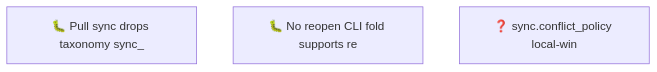
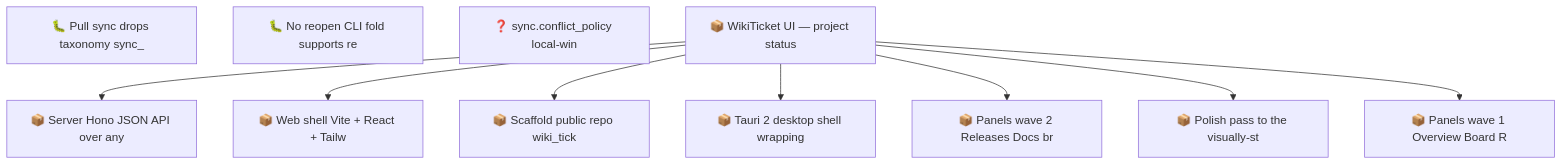
The second of 2 diagrams in docs/roadmap.md (SpillwaveSolutions/wiki_ticket_sdd), drawn with Mermaid before and after one commit. The commit also changed other lines of this file and 2 other files, not shown here.

First line of the commit message:
plan: capture wiki-ticket-ui dashboard plan (plan-only; build awaits go)

````diff
--- a/docs/roadmap.md
+++ b/docs/roadmap.md
@@ -53,6 +83,21 @@
 ```mermaid
 graph TD
     01KXY8V5WZJ4E76B3D39KW5DCE["🐛 Pull sync drops taxonomy sync_"]
     01KXY8V62QH1H1V70M0Y08ARXX["🐛 No reopen CLI fold supports re"]
     01KXY8V686YPK4ET2XFB2KW2RX["❓ sync.conflict_policy local-win"]
+    01KY111BC71KJGNH55CB2DWMKN["📦 Server Hono JSON API over any"]
+    01KY111BC7B70C7M2RF1E57G17["📦 Web shell Vite + React + Tailw"]
+    01KY111BC7NJ4BE7JBDK2P6Y56["📦 Scaffold public repo wiki_tick"]
+    01KY111BC7PABV8W6SDNVQACSN["📦 WikiTicket UI — project status"]
+    01KY111BC842N3J7Y7H85NHSEG["📦 Tauri 2 desktop shell wrapping"]
+    01KY111BC88FS6QD49JADZ9CJ5["📦 Panels wave 2 Releases Docs br"]
+    01KY111BC8F9BH0T3TERYEFC3C["📦 Polish pass to the visually-st"]
+    01KY111BC8QJAS9KH7N368N6RF["📦 Panels wave 1 Overview Board R"]
+    01KY111BC7PABV8W6SDNVQACSN --> 01KY111BC71KJGNH55CB2DWMKN
+    01KY111BC7PABV8W6SDNVQACSN --> 01KY111BC7B70C7M2RF1E57G17
+    01KY111BC7PABV8W6SDNVQACSN --> 01KY111BC7NJ4BE7JBDK2P6Y56
+    01KY111BC7PABV8W6SDNVQACSN --> 01KY111BC842N3J7Y7H85NHSEG
+    01KY111BC7PABV8W6SDNVQACSN --> 01KY111BC88FS6QD49JADZ9CJ5
+    01KY111BC7PABV8W6SDNVQACSN --> 01KY111BC8F9BH0T3TERYEFC3C
+    01KY111BC7PABV8W6SDNVQACSN --> 01KY111BC8QJAS9KH7N368N6RF
 ```
````
